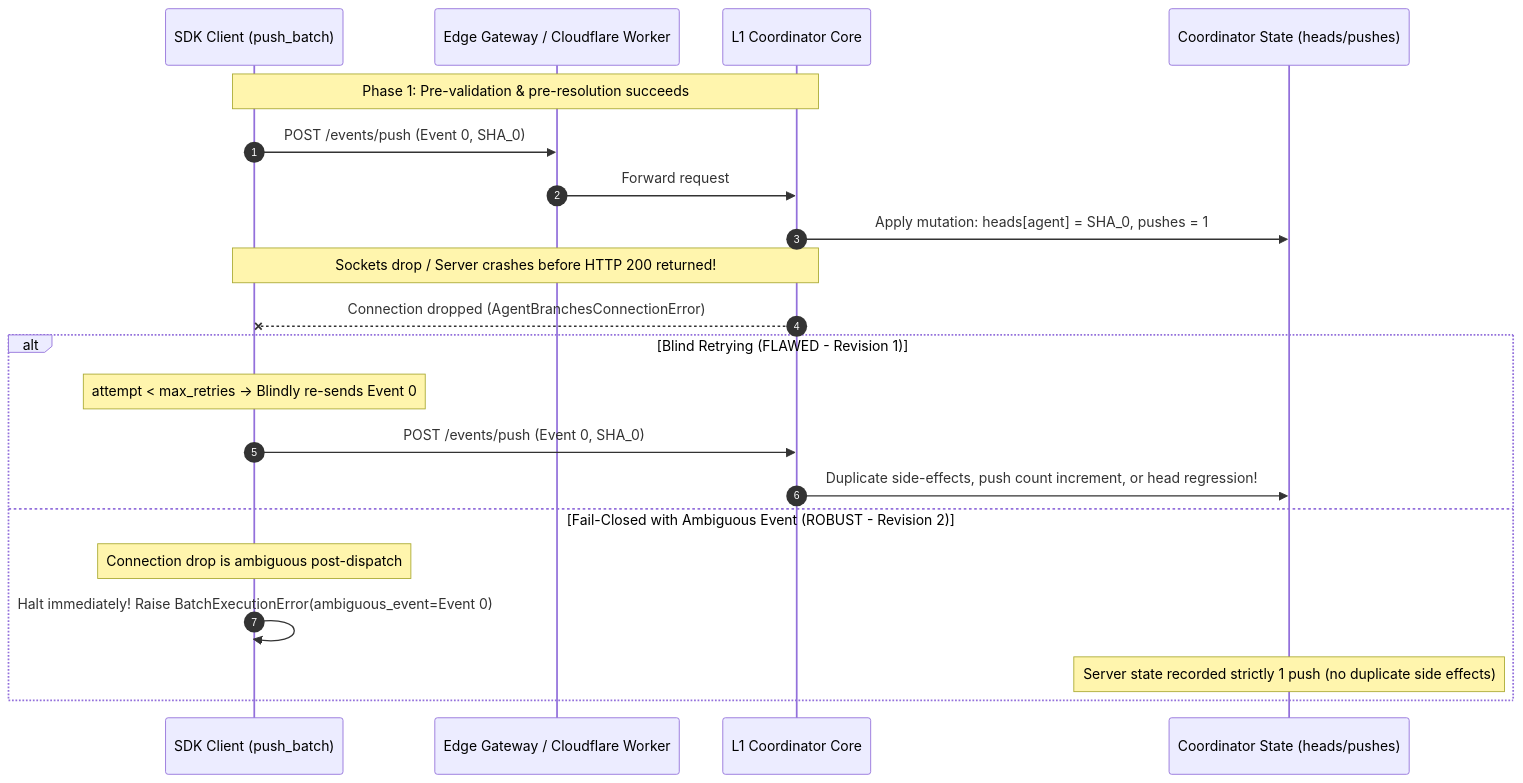
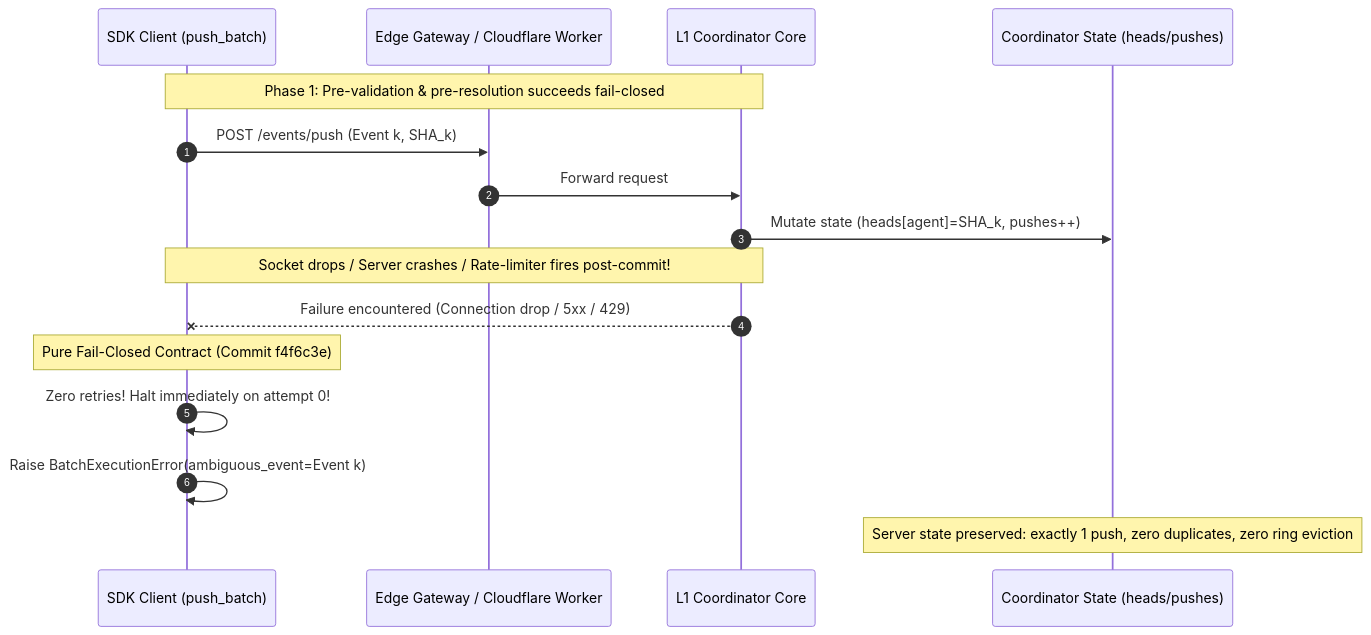
Before and after one commit to alexeygrigorev/cloudflare-agent-git: the diagram in research/antigravity/reviews/REV-SDK-PUSH-BATCH-ROBUST-RETRY.md, drawn with Mermaid. The commit also changed other lines of this file and 1 other file, not shown here.

Commit message:
docs(sdk): accept final exact pin f4f6c3e pure fail-closed push_batch review and report

````diff
--- a/research/antigravity/reviews/REV-SDK-PUSH-BATCH-ROBUST-RETRY.md
+++ b/research/antigravity/reviews/REV-SDK-PUSH-BATCH-ROBUST-RETRY.md
@@ -59,25 +48,20 @@
 ```mermaid
 sequenceDiagram
     autonumber
     participant Client as SDK Client (push_batch)
     participant Gateway as Edge Gateway / Cloudflare Worker
     participant Coord as L1 Coordinator Core
     participant State as Coordinator State (heads/pushes)
 
-    Note over Client, Coord: Phase 1: Pre-validation & pre-resolution succeeds
-    Client->>Gateway: POST /events/push (Event 0, SHA_0)
+    Note over Client, Coord: Phase 1: Pre-validation & pre-resolution succeeds fail-closed
+    Client->>Gateway: POST /events/push (Event k, SHA_k)
     Gateway->>Coord: Forward request
-    Coord->>State: Apply mutation: heads[agent] = SHA_0, pushes = 1
-    Note over Coord, Client: Sockets drop / Server crashes before HTTP 200 returned!
-    Coord--xClient: Connection dropped (AgentBranchesConnectionError)
-    
-    alt Blind Retrying (FLAWED - Revision 1)
-        Note over Client: attempt < max_retries -> Blindly re-sends Event 0
-        Client->>Coord: POST /events/push (Event 0, SHA_0)
-        Coord->>State: Duplicate side-effects, push count increment, or head regression!
-    else Fail-Closed with Ambiguous Event (ROBUST - Revision 2)
-        Note over Client: Connection drop is ambiguous post-dispatch
-        Client->>Client: Halt immediately! Raise BatchExecutionError(ambiguous_event=Event 0)
-        Note over State: Server state recorded strictly 1 push (no duplicate side effects)
-    end
+    Coord->>State: Mutate state (heads[agent]=SHA_k, pushes++)
+    Note over Coord, Client: Socket drops / Server crashes / Rate-limiter fires post-commit!
+    Coord--xClient: Failure encountered (Connection drop / 5xx / 429)
+
+    Note over Client: Pure Fail-Closed Contract (Commit f4f6c3e)
+    Client->>Client: Zero retries! Halt immediately on attempt 0!
+    Client->>Client: Raise BatchExecutionError(ambiguous_event=Event k)
+    Note over State: Server state preserved: exactly 1 push, zero duplicates, zero ring eviction
 ```
````
